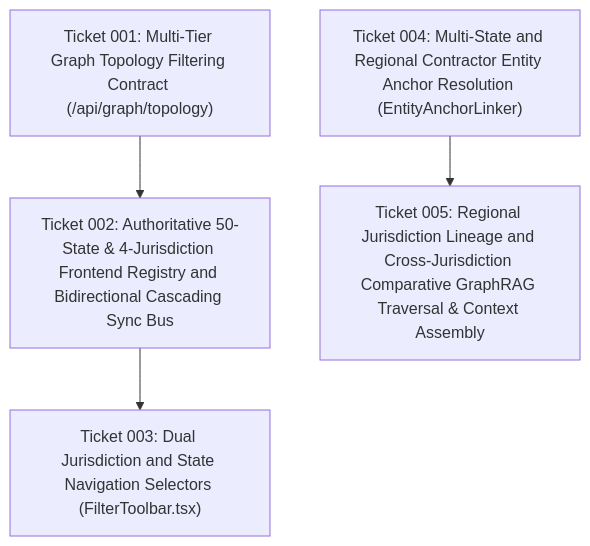
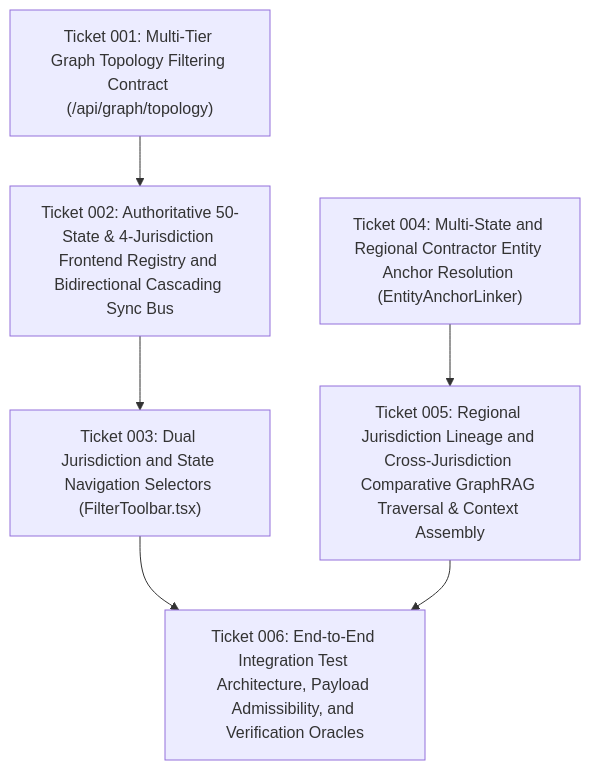
The diagram in wayfinder/20261013T185957-734-5ytd/map.md (LuisP1028/LAG), drawn with Mermaid before and after one commit. The commit also changed other lines of this file and 3 other files, not shown here.

Commit message:
Chart integration test plan in wayfinder/20261013T185957-734-5ytd/map.md, wayfinder/20261013T185957-734-5ytd/tickets/ticket-006.md, wayfinder/20261013T185957-734-5ytd/test_matrix.md, and handoff/20261013T185957-734-5ytd/test-plan.txt

````diff
--- a/wayfinder/20261013T185957-734-5ytd/map.md
+++ b/wayfinder/20261013T185957-734-5ytd/map.md
@@ -26,11 +26,12 @@
 ```mermaid
 flowchart TD
     T001["Ticket 001: Multi-Tier Graph Topology Filtering Contract (/api/graph/topology)"]
     T002["Ticket 002: Authoritative 50-State & 4-Jurisdiction Frontend Registry and Bidirectional Cascading Sync Bus"]
     T003["Ticket 003: Dual Jurisdiction and State Navigation Selectors (FilterToolbar.tsx)"]
     T004["Ticket 004: Multi-State and Regional Contractor Entity Anchor Resolution (EntityAnchorLinker)"]
     T005["Ticket 005: Regional Jurisdiction Lineage and Cross-Jurisdiction Comparative GraphRAG Traversal & Context Assembly"]
+    T006["Ticket 006: End-to-End Integration Test Architecture, Payload Admissibility, and Verification Oracles"]
 
-    T001 --> T002 --> T003
-    T004 --> T005
+    T001 --> T002 --> T003 --> T006
+    T004 --> T005 --> T006
 ```
````
